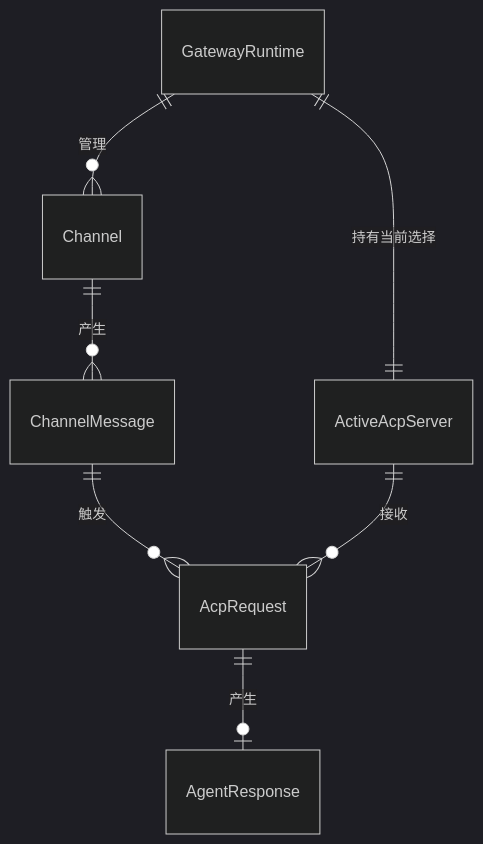
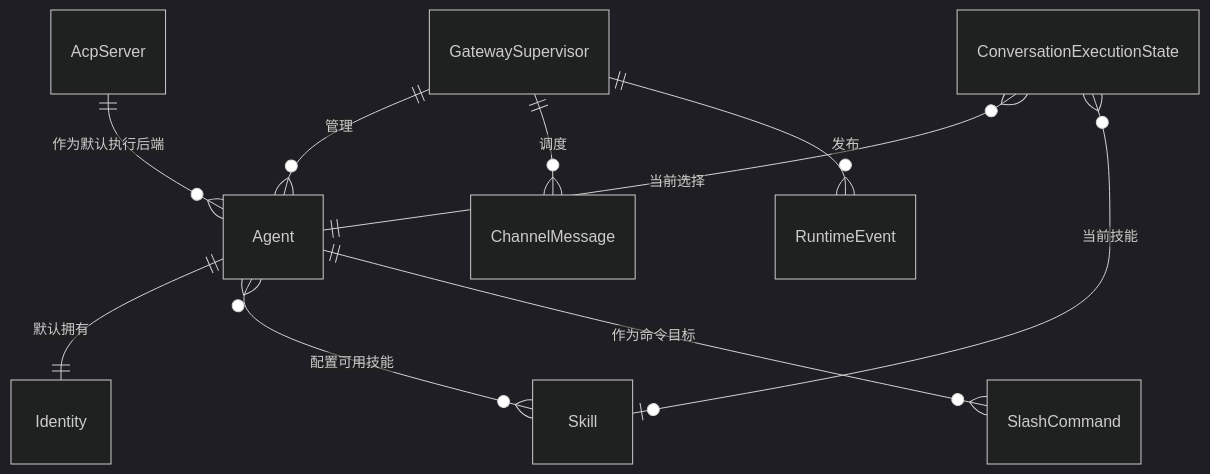
Before and after one commit to zhuxining/MindClaw: the first of 3 diagrams in docs/architecture/00-overview.md, drawn with Mermaid (dark theme). The commit also changed other lines of this file and 17 other files, not shown here.

First line of the commit message:
feat: add event bus for runtime events and message processing

````diff
--- a/docs/architecture/00-overview.md
+++ b/docs/architecture/00-overview.md
@@ -107,9 +115,12 @@
 ```mermaid
 erDiagram
-    GatewayRuntime ||--o{ Channel : "管理"
-    Channel ||--o{ ChannelMessage : "产生"
-    GatewayRuntime ||--|| ActiveAcpServer : "持有当前选择"
-    ChannelMessage ||--o{ AcpRequest : "触发"
-    ActiveAcpServer ||--o{ AcpRequest : "接收"
-    AcpRequest ||--o| AgentResponse : "产生"
+    GatewaySupervisor ||--o{ Agent : "管理"
+    Agent ||--|| Identity : "默认拥有"
+    Agent }o--o{ Skill : "配置可用技能"
+    AcpServer ||--o{ Agent : "作为默认执行后端"
+    Agent ||--o{ SlashCommand : "作为命令目标"
+    ConversationExecutionState }o--|| Agent : "当前选择"
+    ConversationExecutionState }o--o| Skill : "当前技能"
+    GatewaySupervisor ||--o{ ChannelMessage : "调度"
+    GatewaySupervisor ||--o{ RuntimeEvent : "发布"
 ```
````
